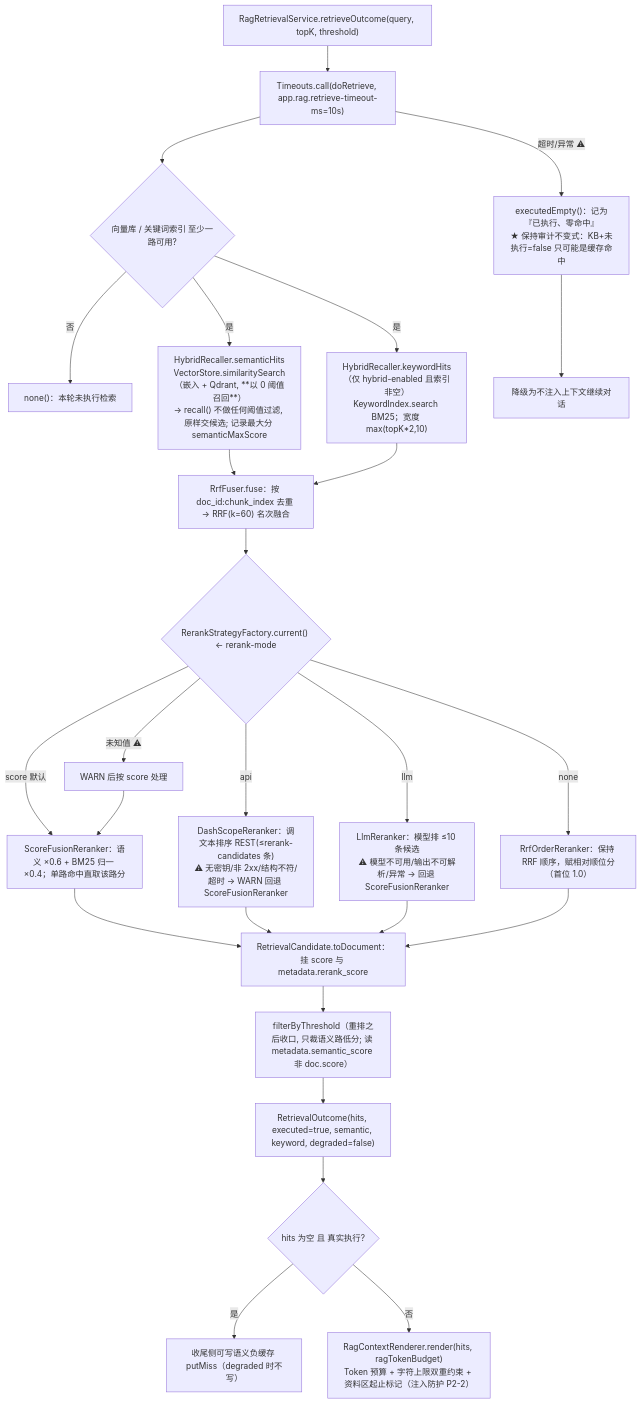
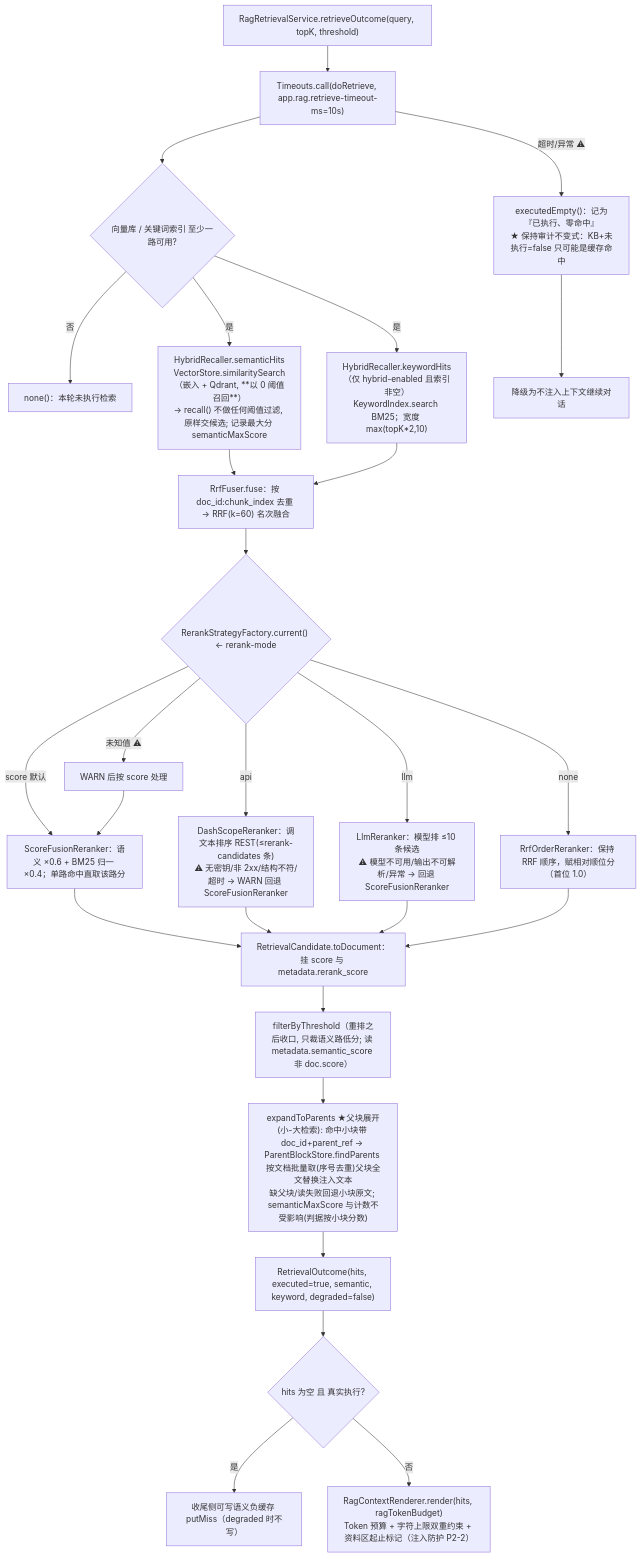
Before and after one commit to suiyile02/cc-ai-agent: diagram 11 of 20 in docs/flow-map.md, drawn with Mermaid. The commit also changed other lines of this file and 22 other files, not shown here.

````diff
--- a/docs/flow-map.md
+++ b/docs/flow-map.md
@@ -446,28 +448,29 @@
 ```mermaid
 flowchart TD
     R0["RagRetrievalService.retrieveOutcome(query, topK, threshold)"] --> R3["Timeouts.call(doRetrieve, app.rag.retrieve-timeout-ms=10s)"]
     R3 --> R1{"向量库 / 关键词索引 至少一路可用?"}
     R1 -->|否| R2["none()：本轮未执行检索"]
     R1 -->|是| R4["HybridRecaller.semanticHits<br/>VectorStore.similaritySearch（嵌入 + Qdrant, **以 0 阈值召回**）<br/>→ recall() 不做任何阈值过滤, 原样交候选; 记录最大分 semanticMaxScore"]
     R1 -->|是| R5["HybridRecaller.keywordHits（仅 hybrid-enabled 且索引非空）<br/>KeywordIndex.search BM25；宽度 max(topK*2,10)"]
     R4 --> R6["RrfFuser.fuse：按 doc_id:chunk_index 去重 → RRF(k=60) 名次融合"]
     R5 --> R6
     R6 --> R7{"RerankStrategyFactory.current() ← rerank-mode"}
     R7 -->|score 默认| R8["ScoreFusionReranker：语义 ×0.6 + BM25 归一 ×0.4；单路命中直取该路分"]
     R7 -->|api| R8B["DashScopeReranker：调文本排序 REST(≤rerank-candidates 条)<br/>⚠ 无密钥/非 2xx/结构不符/超时 → WARN 回退 ScoreFusionReranker"]
     R7 -->|llm| R9["LlmReranker：模型排 ≤10 条候选<br/>⚠ 模型不可用/输出不可解析/异常 → 回退 ScoreFusionReranker"]
     R7 -->|none| R10["RrfOrderReranker：保持 RRF 顺序，赋相对顺位分（首位 1.0）"]
     R7 -->|"未知值 ⚠"| R11["WARN 后按 score 处理"]
     R8 --> R12["RetrievalCandidate.toDocument：挂 score 与 metadata.rerank_score"]
     R8B --> R12
     R9 --> R12
     R10 --> R12
     R11 --> R8
     R12 --> R12B["filterByThreshold（重排之后收口, 只裁语义路低分; 读 metadata.semantic_score 非 doc.score）"]
-    R12B --> R13["RetrievalOutcome(hits, executed=true, semantic, keyword, degraded=false)"]
+    R12B --> R12C["expandToParents ★父块展开(小-大检索): 命中小块带 doc_id+parent_ref → ParentBlockStore.findParents 按文档批量取(序号去重)父块全文替换注入文本<br/>缺父块/读失败回退小块原文; semanticMaxScore 与计数不受影响(判据按小块分数)"]
+    R12C --> R13["RetrievalOutcome(hits, executed=true, semantic, keyword, degraded=false)"]
     R3 -->|"超时/异常 ⚠"| R14["executedEmpty()：记为『已执行、零命中』<br/>★ 保持审计不变式：KB+未执行=false 只可能是缓存命中"]
     R14 --> R15["降级为不注入上下文继续对话"]
     R13 --> R16{"hits 为空 且 真实执行?"}
     R16 -->|是| R17["收尾侧可写语义负缓存 putMiss（degraded 时不写）"]
     R16 -->|否| R18["RagContextRenderer.render(hits, ragTokenBudget)<br/>Token 预算 + 字符上限双重约束 + 资料区起止标记（注入防护 P2-2）"]
 ```
````
